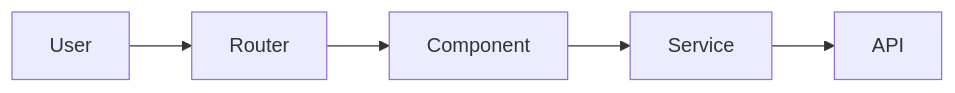
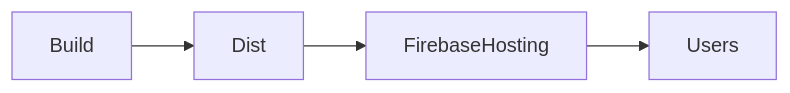
The diagram in Markdown Files/UNIT-1/1.5.2-deploying-angular-applications-using-firebase-hosting.md (NehalPatel/603-01-Fundamentals-of-Full-Stack-Web-Development), drawn with Mermaid before and after one commit. The commit also changed other lines of this file and 35 other files, not shown here.

````diff
--- a/Markdown Files/UNIT-1/1.5.2-deploying-angular-applications-using-firebase-hosting.md
+++ b/Markdown Files/UNIT-1/1.5.2-deploying-angular-applications-using-firebase-hosting.md
@@ -130,4 +56,4 @@
 ```mermaid
 flowchart LR
-  User-->Router-->Component-->Service-->API
+  Build --> Dist --> FirebaseHosting --> Users
 ```
````
